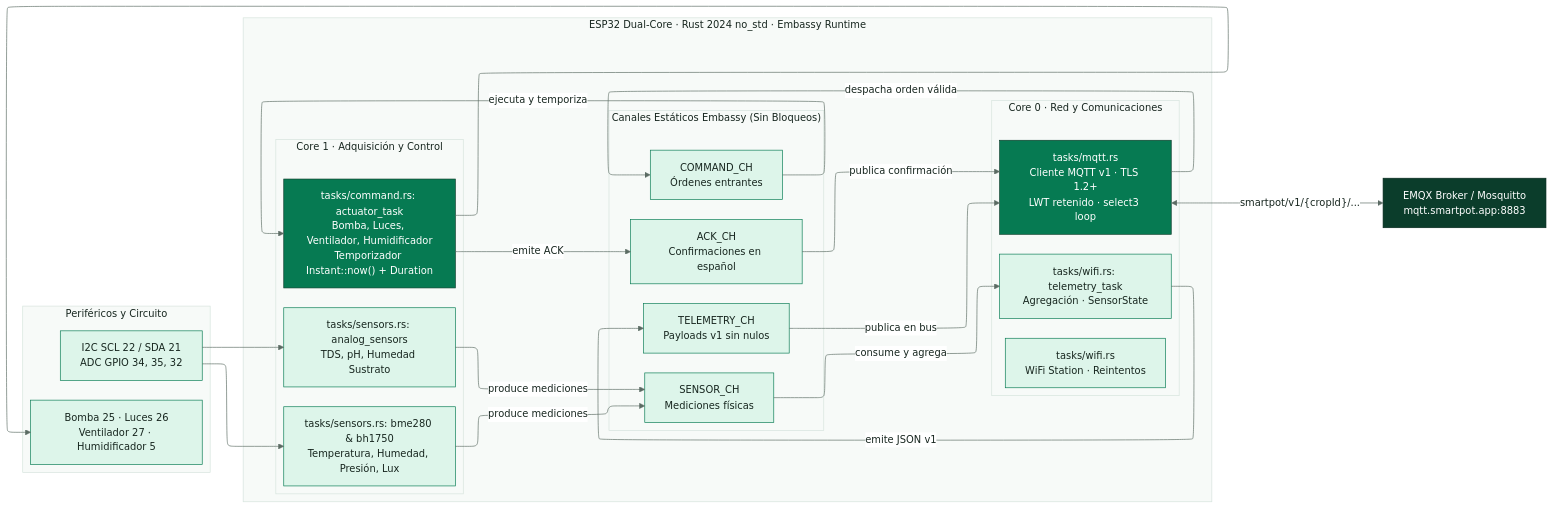
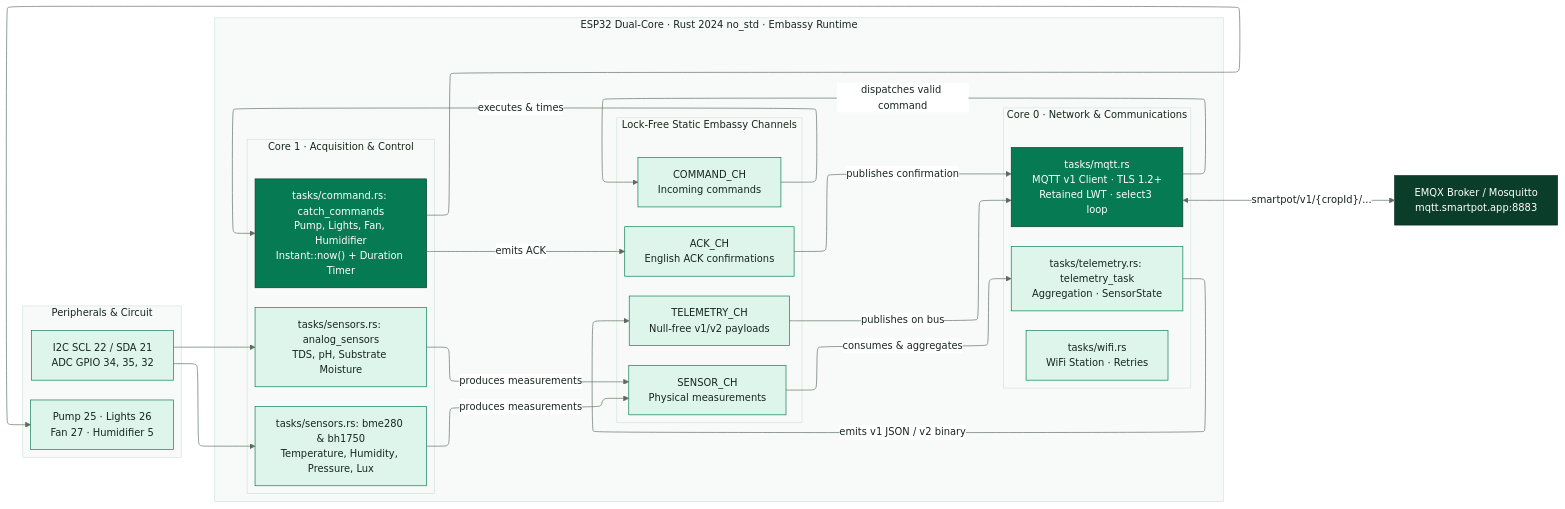
The diagram in docs/SmartPot_IoT_Rust_Documentation.md (SmartPotTech/SmartPot-IoT), drawn with Mermaid before and after one commit. The commit also changed other lines of this file and 1 other file, not shown here.

Commit message:
Add bilingual English and Spanish firmware documentation

````diff
--- a/docs/SmartPot_IoT_Rust_Documentation.md
+++ b/docs/SmartPot_IoT_Rust_Documentation.md
@@ -45,60 +49,60 @@
 ```mermaid
 %%{init: {"theme": "base", "fontFamily": "Segoe UI, Arial, sans-serif", "themeVariables": {"fontFamily": "Segoe UI, Arial, sans-serif", "fontSize": "15px", "primaryColor": "#DDF5EA", "primaryTextColor": "#17261F", "primaryBorderColor": "#067A52", "secondaryColor": "#E3F2FB", "secondaryTextColor": "#17261F", "secondaryBorderColor": "#1F6FA0", "tertiaryColor": "#F2F7F4", "tertiaryTextColor": "#17261F", "tertiaryBorderColor": "#D5E3DC", "lineColor": "#5B6B63", "textColor": "#17261F", "mainBkg": "#DDF5EA", "nodeBorder": "#067A52", "clusterBkg": "#F7FAF8", "clusterBorder": "#D5E3DC", "edgeLabelBackground": "#FFFFFF", "actorBkg": "#067A52", "actorBorder": "#0B3D2B", "actorTextColor": "#FFFFFF", "actorLineColor": "#5B6B63", "signalColor": "#17261F", "signalTextColor": "#17261F", "labelBoxBkgColor": "#0B3D2B", "labelBoxBorderColor": "#0B3D2B", "labelTextColor": "#FFFFFF", "loopTextColor": "#0B3D2B", "noteBkgColor": "#FDF4DD", "noteBorderColor": "#C98D12", "noteTextColor": "#17261F", "activationBkgColor": "#DDF5EA", "activationBorderColor": "#067A52", "attributeBackgroundColorOdd": "#FFFFFF", "attributeBackgroundColorEven": "#F2F7F4"}, "layout": "elk", "elk": {"nodePlacementStrategy": "BRANDES_KOEPF", "mergeEdges": false, "cycleBreakingStrategy": "GREEDY"}}}%%
 flowchart LR
   subgraph esp["ESP32 Dual-Core · Rust 2024 no_std · Embassy Runtime"]
     direction TB
-    subgraph core0["Core 0 · Red y Comunicaciones"]
+    subgraph core0["Core 0 · Network & Communications"]
       direction TB
-      wifi["tasks/wifi.rs<br/>WiFi Station · Reintentos"]
-      mqtt["tasks/mqtt.rs<br/>Cliente MQTT v1 · TLS 1.2+<br/>LWT retenido · select3 loop"]
-      telem["tasks/wifi.rs: telemetry_task<br/>Agregación · SensorState"]
+      wifi["tasks/wifi.rs<br/>WiFi Station · Retries"]
+      mqtt["tasks/mqtt.rs<br/>MQTT v1 Client · TLS 1.2+<br/>Retained LWT · select3 loop"]
+      telem["tasks/telemetry.rs: telemetry_task<br/>Aggregation · SensorState"]
     end
 
-    subgraph core1["Core 1 · Adquisición y Control"]
+    subgraph core1["Core 1 · Acquisition & Control"]
       direction TB
-      i2c["tasks/sensors.rs: bme280 & bh1750<br/>Temperatura, Humedad, Presión, Lux"]
-      adc["tasks/sensors.rs: analog_sensors<br/>TDS, pH, Humedad Sustrato"]
-      act["tasks/command.rs: actuator_task<br/>Bomba, Luces, Ventilador, Humidificador<br/>Temporizador Instant::now() + Duration"]
+      i2c["tasks/sensors.rs: bme280 & bh1750<br/>Temperature, Humidity, Pressure, Lux"]
+      adc["tasks/sensors.rs: analog_sensors<br/>TDS, pH, Substrate Moisture"]
+      act["tasks/command.rs: catch_commands<br/>Pump, Lights, Fan, Humidifier<br/>Instant::now() + Duration Timer"]
     end
 
-    subgraph channels["Canales Estáticos Embassy (Sin Bloqueos)"]
+    subgraph channels["Lock-Free Static Embassy Channels"]
       direction TB
-      sch["SENSOR_CH<br/>Mediciones físicas"]
-      cch["COMMAND_CH<br/>Órdenes entrantes"]
-      ach["ACK_CH<br/>Confirmaciones en español"]
-      tch["TELEMETRY_CH<br/>Payloads v1 sin nulos"]
+      sch["SENSOR_CH<br/>Physical measurements"]
+      cch["COMMAND_CH<br/>Incoming commands"]
+      ach["ACK_CH<br/>English ACK confirmations"]
+      tch["TELEMETRY_CH<br/>Null-free v1/v2 payloads"]
     end
   end
 
-  subgraph hw["Periféricos y Circuito"]
+  subgraph hw["Peripherals & Circuit"]
     direction TB
     sens["I2C SCL 22 / SDA 21<br/>ADC GPIO 34, 35, 32"]
-    outs["Bomba 25 · Luces 26<br/>Ventilador 27 · Humidificador 5"]
+    outs["Pump 25 · Lights 26<br/>Fan 27 · Humidifier 5"]
   end
 
   broker["EMQX Broker / Mosquitto<br/>mqtt.smartpot.app:8883"]
 
   sens --> i2c & adc
   act --> outs
 
-  i2c & adc -->|"produce mediciones"| sch
-  sch -->|"consume y agrega"| telem
-  telem -->|"emite JSON v1"| tch
-  tch -->|"publica en bus"| mqtt
+  i2c & adc -->|"produces measurements"| sch
+  sch -->|"consumes & aggregates"| telem
+  telem -->|"emits v1 JSON / v2 binary"| tch
+  tch -->|"publishes on bus"| mqtt
 
   mqtt <-->|"smartpot/v1/{cropId}/..."| broker
-  mqtt -->|"despacha orden válida"| cch
-  cch -->|"ejecuta y temporiza"| act
-  act -->|"emite ACK"| ach
-  ach -->|"publica confirmación"| mqtt
+  mqtt -->|"dispatches valid command"| cch
+  cch -->|"executes & times"| act
+  act -->|"emits ACK"| ach
+  ach -->|"publishes confirmation"| mqtt
 
   classDef leaf fill:#DDF5EA,stroke:#067A52,color:#17261F
   classDef water fill:#E3F2FB,stroke:#1F6FA0,color:#17261F
   classDef sun fill:#FDF4DD,stroke:#C98D12,color:#17261F
   classDef clay fill:#FBE9E1,stroke:#B85A38,color:#17261F
   classDef core fill:#067A52,stroke:#0B3D2B,color:#FFFFFF
   classDef deep fill:#0B3D2B,stroke:#06281C,color:#FFFFFF
   classDef muted fill:#F2F7F4,stroke:#5B6B63,color:#17261F
   class mqtt,act core
   class broker deep
 ```
````
